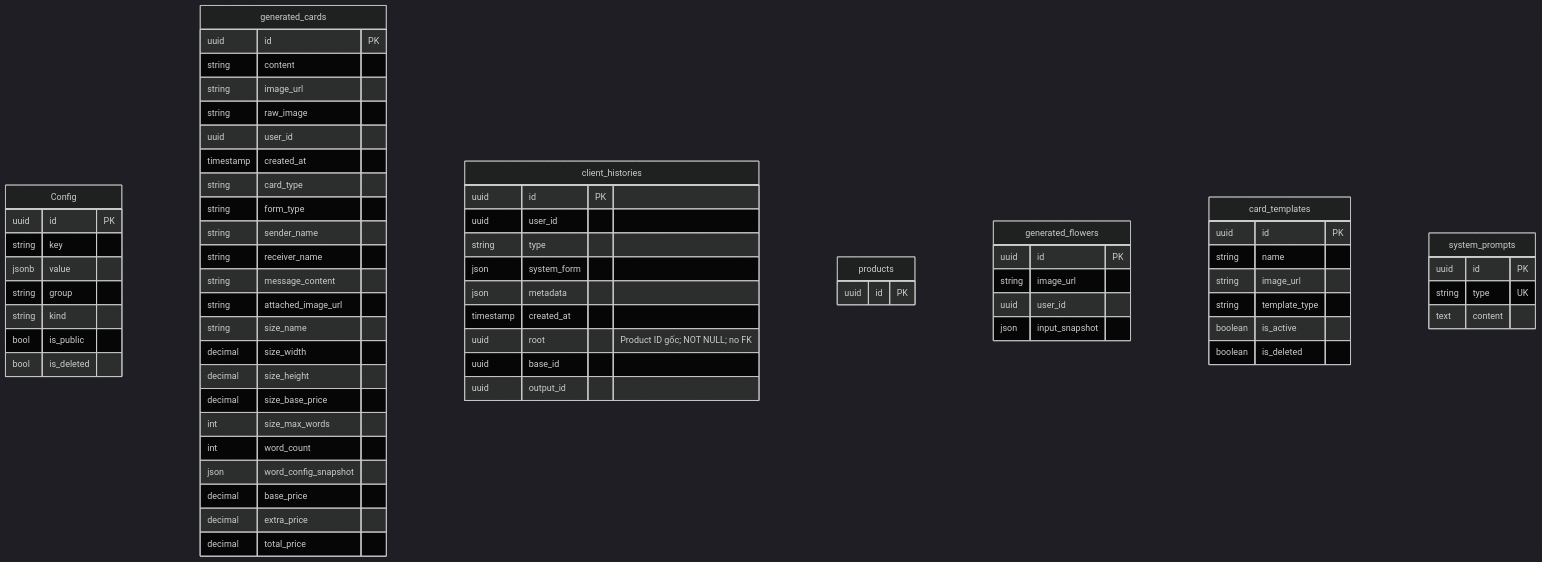
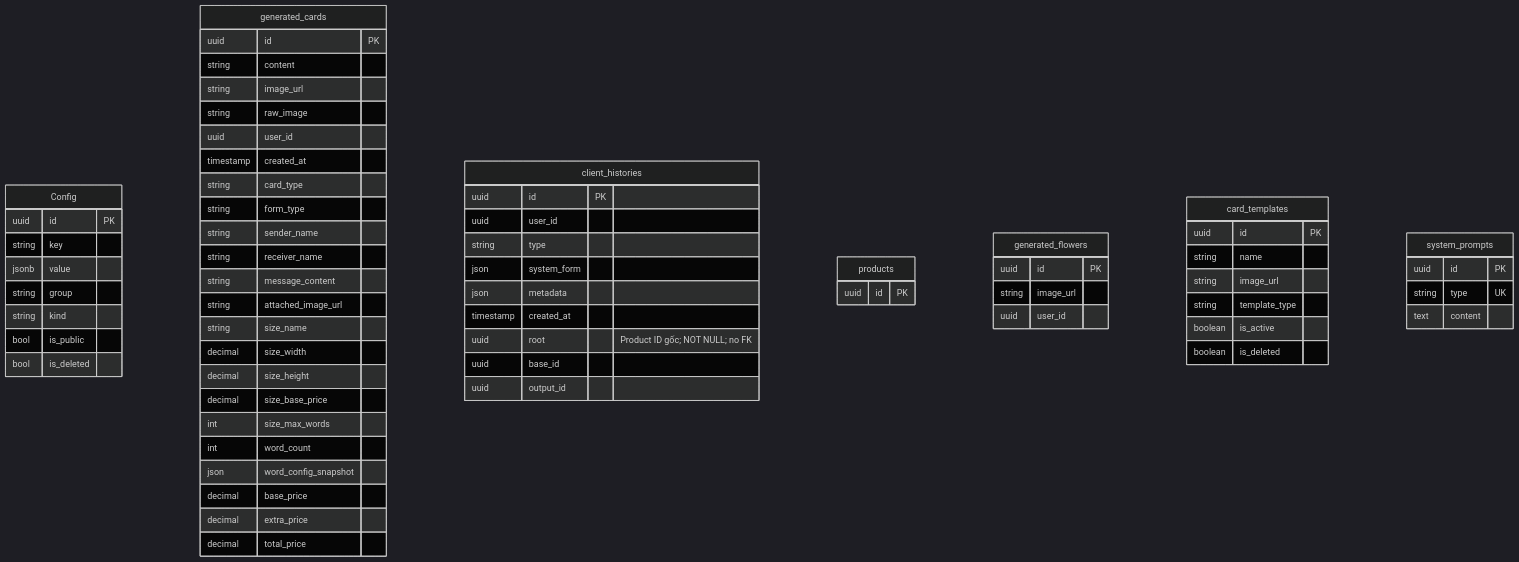
The fourth of 4 diagrams in HoaTheoMua.Repository/docs/tdd/TDD-006/TDD-006-tao-thiep-thiet-ke-ai.md (TaskCoper/hoatheomua-be), drawn with Mermaid (dark theme) before and after one commit. The commit also changed 214 other files, not shown here.

````diff
--- a/HoaTheoMua.Repository/docs/tdd/TDD-006/TDD-006-tao-thiep-thiet-ke-ai.md
+++ b/HoaTheoMua.Repository/docs/tdd/TDD-006/TDD-006-tao-thiep-thiet-ke-ai.md
@@ -159,69 +159,68 @@
 ```mermaid
 erDiagram
     Config {
         uuid id PK
         string key
         jsonb value
         string group
         string kind
         bool is_public
         bool is_deleted
     }
     generated_cards {
         uuid id PK
         string content
         string image_url
         string raw_image
         uuid user_id
         timestamp created_at
         string card_type
         string form_type
         string sender_name
         string receiver_name
         string message_content
         string attached_image_url
         string size_name
         decimal size_width
         decimal size_height
         decimal size_base_price
         int size_max_words
         int word_count
         json word_config_snapshot
         decimal base_price
         decimal extra_price
         decimal total_price
     }
     client_histories {
         uuid id PK
         uuid user_id
         string type
         json system_form
         json metadata
         timestamp created_at
         uuid root "Product ID gốc; NOT NULL; no FK"
         uuid base_id
         uuid output_id
     }
     products {
         uuid id PK
     }
     generated_flowers {
         uuid id PK
         string image_url
         uuid user_id
-        json input_snapshot
     }
     card_templates {
         uuid id PK
         string name
         string image_url
         string template_type
         boolean is_active
         boolean is_deleted
     }
     system_prompts {
         uuid id PK
         string type UK
         text content
     }
 ```
````
